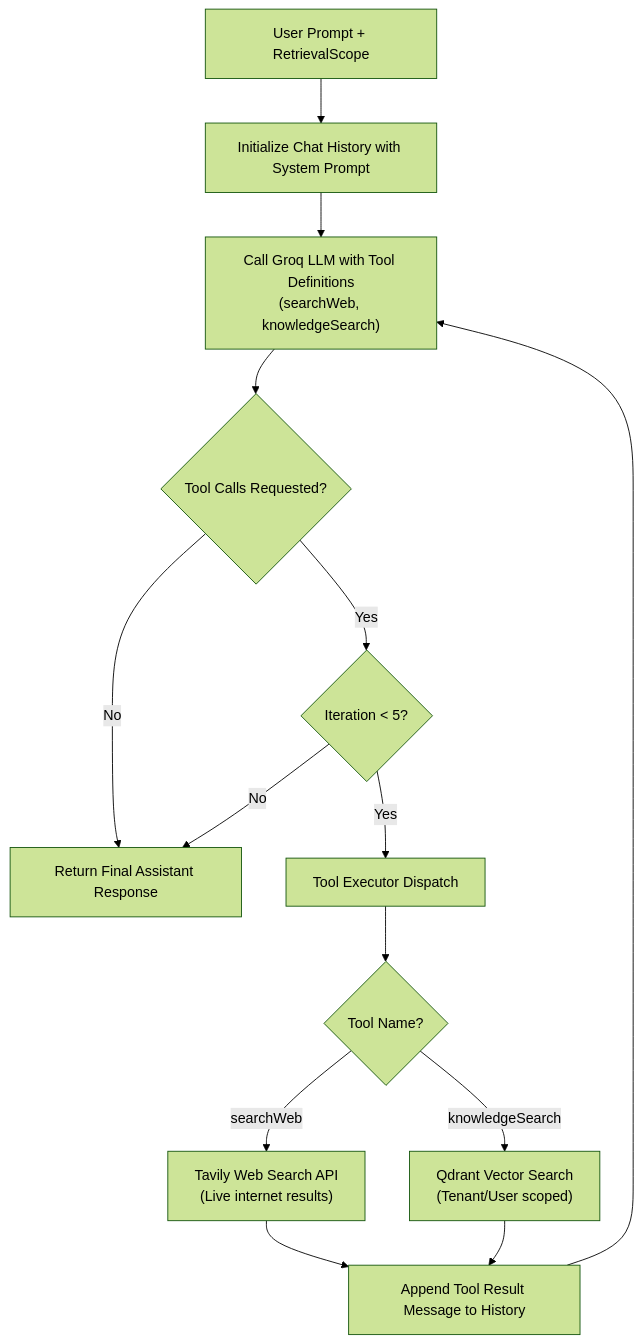
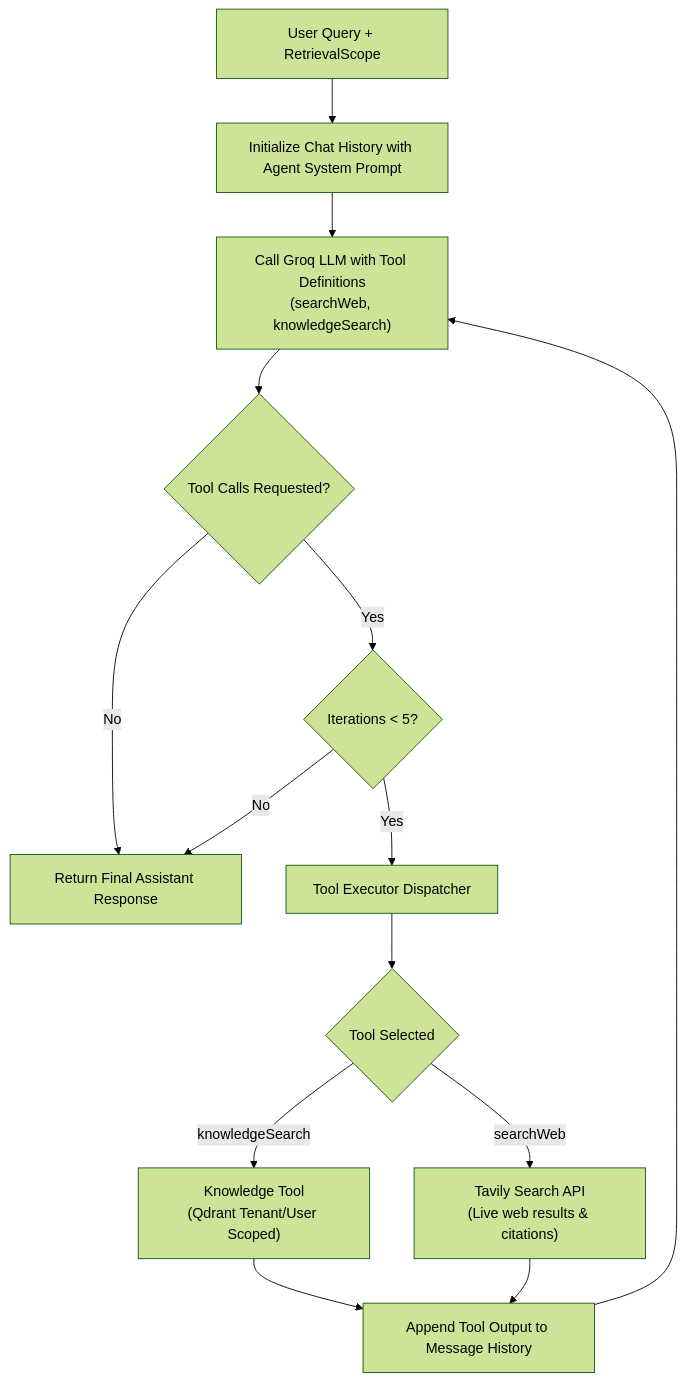
Before and after one commit to NishantSingh-01/Axon: the third of 3 diagrams in packages/ai/Readme.md, drawn with Mermaid (forest theme). The commit also changed other lines of this file, not shown here.

Commit message:
feat: add comprehensive documentation and architecture guide for AI engine package

````diff
--- a/packages/ai/Readme.md
+++ b/packages/ai/Readme.md
@@ -98,21 +115,21 @@
 ```mermaid
 flowchart TD
-    Start["User Prompt + RetrievalScope"] --> Init["Initialize Chat History with System Prompt"]
-    Init --> GroqCall["Call Groq LLM with Tool Definitions\n(searchWeb, knowledgeSearch)"]
+    Start["User Query + RetrievalScope"] --> Init["Initialize Chat History with Agent System Prompt"]
+    Init --> LLMCall["Call Groq LLM with Tool Definitions\n(searchWeb, knowledgeSearch)"]
     
-    GroqCall --> HasTools{"Tool Calls Requested?"}
+    LLMCall --> CheckTools{"Tool Calls Requested?"}
     
-    HasTools -- "No" --> Return["Return Final Assistant Response"]
+    CheckTools -- "No" --> FinalAnswer["Return Final Assistant Response"]
     
-    HasTools -- "Yes" --> LoopCheck{"Iteration < 5?"}
-    LoopCheck -- "No" --> Return
-    LoopCheck -- "Yes" --> Exec["Tool Executor Dispatch"]
+    CheckTools -- "Yes" --> IterationCheck{"Iterations < 5?"}
+    IterationCheck -- "No" --> FinalAnswer
+    IterationCheck -- "Yes" --> Dispatcher["Tool Executor Dispatcher"]
     
-    Exec --> WhichTool{"Tool Name?"}
-    WhichTool -- "searchWeb" --> Tavily["Tavily Web Search API\n(Live internet results)"]
-    WhichTool -- "knowledgeSearch" --> VectorQ["Qdrant Vector Search\n(Tenant/User scoped)"]
+    Dispatcher --> RouteTool{"Tool Selected"}
+    RouteTool -- "knowledgeSearch" --> KTool["Knowledge Tool\n(Qdrant Tenant/User Scoped)"]
+    RouteTool -- "searchWeb" --> WTool["Tavily Search API\n(Live web results & citations)"]
     
-    Tavily --> AppendTool["Append Tool Result Message to History"]
-    VectorQ --> AppendTool
-    AppendTool --> GroqCall
+    KTool --> AppendHistory["Append Tool Output to Message History"]
+    WTool --> AppendHistory
+    AppendHistory --> LLMCall
 ```
````
